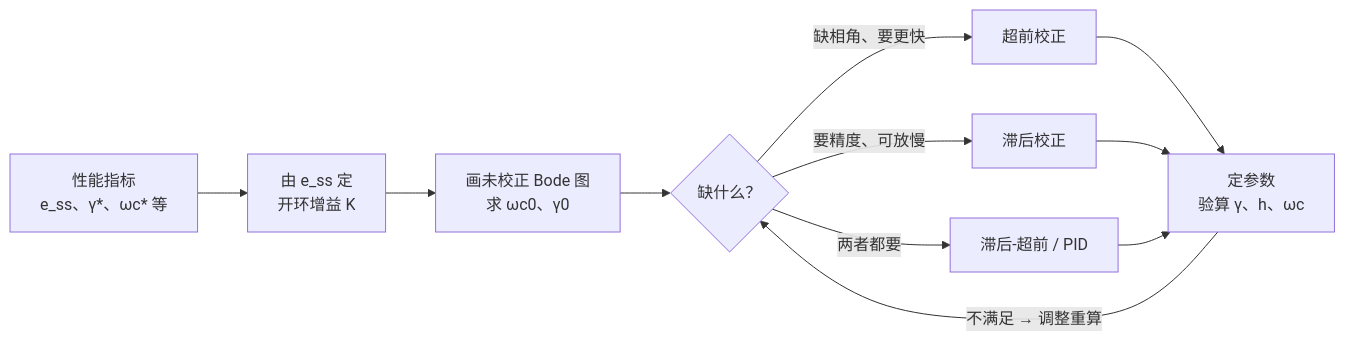
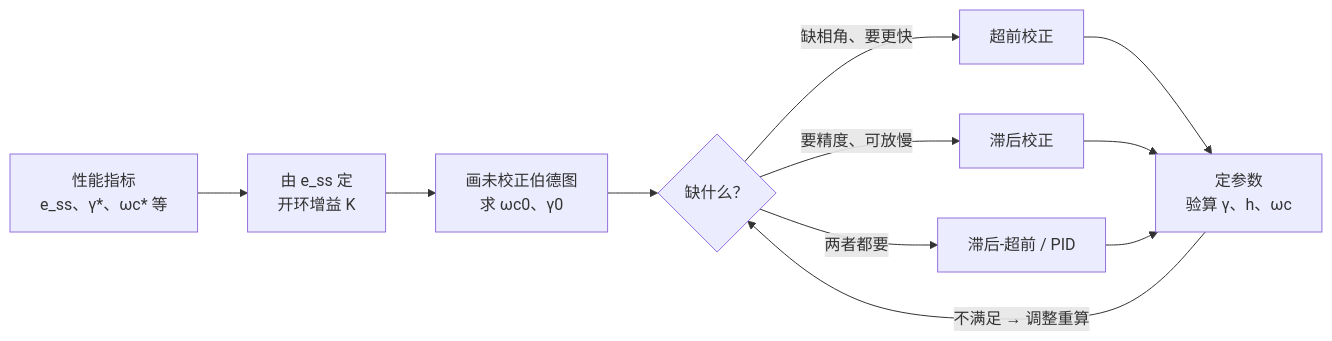
One commit to wangziyu1234/obsidian-vault changed the diagram in 自动控制原理/06-2 PID与反馈前馈校正.md. Above: the diagram before and after it, drawn with Mermaid. The commit also changed 35 other files, not shown here.

Commit message:
fix: 语言风格统一——拆分件H1按第N讲(n)主题重编(01/06/09-1/15系列11处)、可控可观改能控能观(21行)、Bode正文改伯德(13处,附件名与MATLAB命令保留)、迟后改滞后(正文3处,文档名保留)、奈奎斯特改奈氏、前向通道改通路、两相异步改伺服、牛顿-莱布尼茨中文、傅里叶H1加附录前缀、英语年份en-dash/折线图/四类口径/通知告示(7处)

````diff
--- a/自动控制原理/06-2 PID与反馈前馈校正.md
+++ b/自动控制原理/06-2 PID与反馈前馈校正.md
@@ -218,13 +218,13 @@
 ```mermaid
 flowchart LR
     A["性能指标<br/>e_ss、γ*、ωc* 等"] --> B["由 e_ss 定<br/>开环增益 K"]
-    B --> C["画未校正 Bode 图<br/>求 ωc0、γ0"]
+    B --> C["画未校正伯德图<br/>求 ωc0、γ0"]
     C --> D{"缺什么？"}
     D -- "缺相角、要更快" --> E["超前校正"]
     D -- "要精度、可放慢" --> F["滞后校正"]
     D -- "两者都要" --> G["滞后-超前 / PID"]
     E --> H["定参数<br/>验算 γ、h、ωc"]
     F --> H
     G --> H
     H -- "不满足 → 调整重算" --> D
 ```
````
